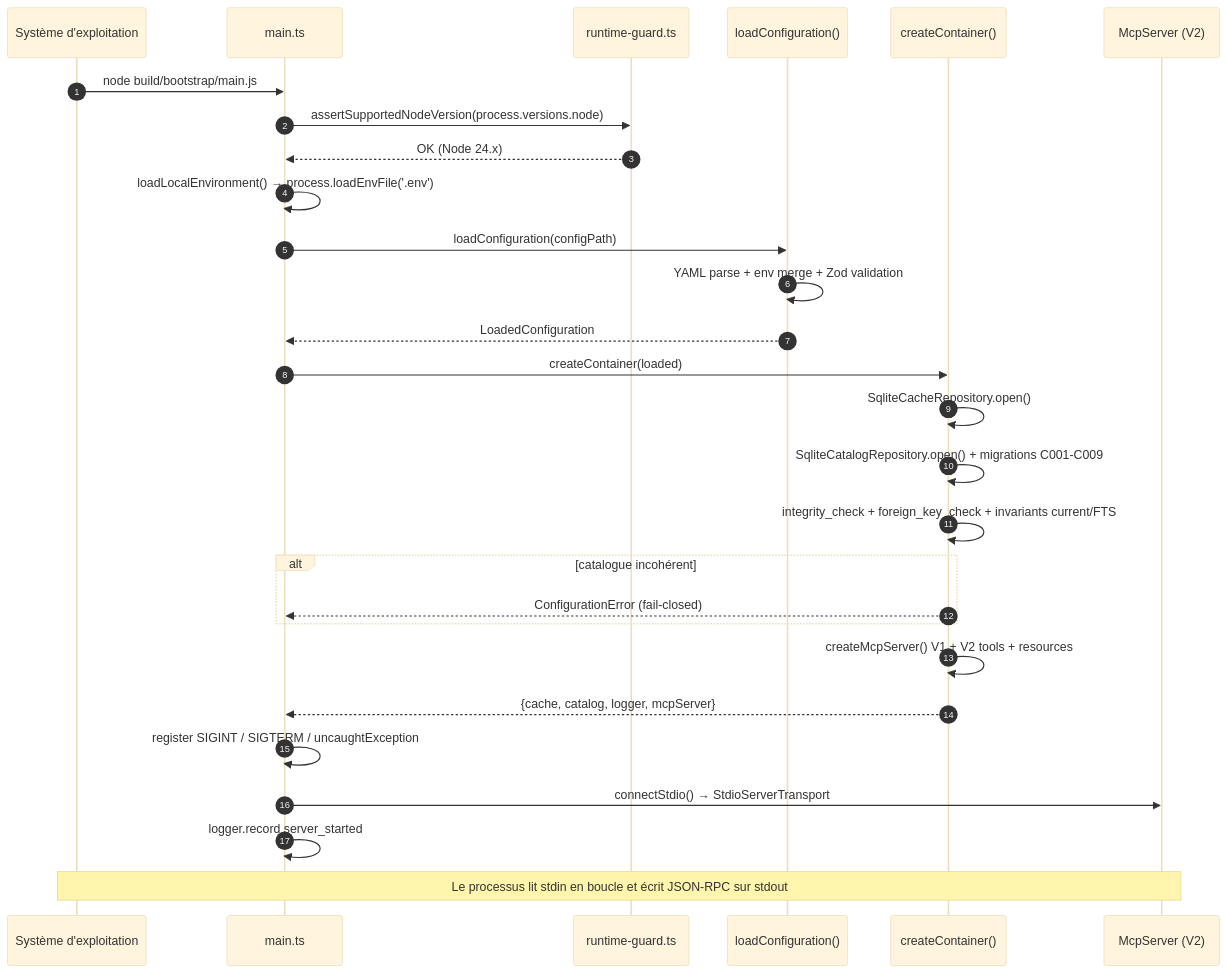
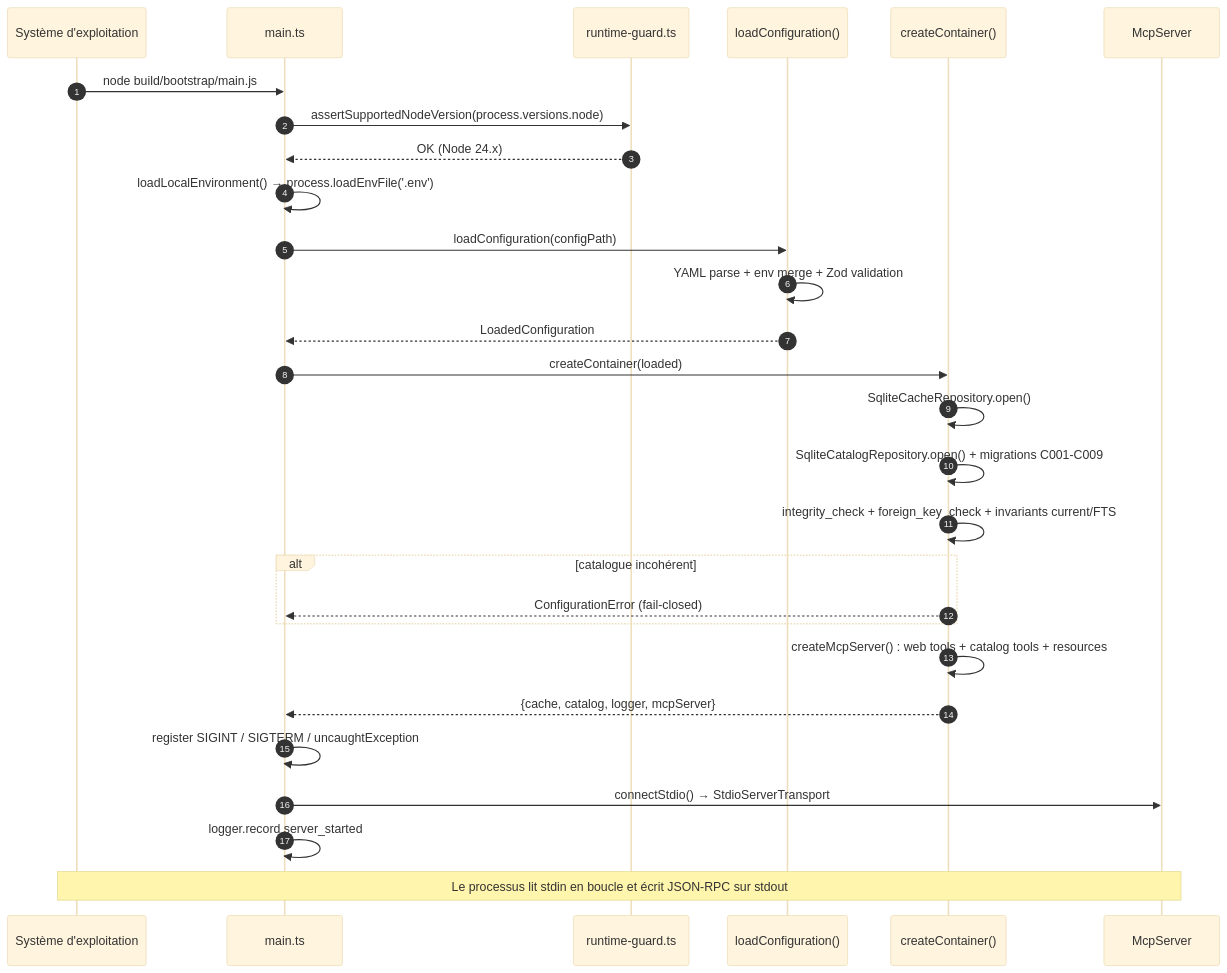
The sixth of 6 diagrams in docs/architecture/arc42/06-vue-execution.md (FTurleque/mcp-search-net), drawn with Mermaid (base theme) before and after one commit. The commit also changed 9 other files, not shown here.

````diff
--- a/docs/architecture/arc42/06-vue-execution.md
+++ b/docs/architecture/arc42/06-vue-execution.md
@@ -167,31 +167,31 @@
 ```mermaid
 sequenceDiagram
     autonumber
     participant OS as Système d'exploitation
     participant Main as main.ts
     participant Guard as runtime-guard.ts
     participant Cfg as loadConfiguration()
     participant Cnt as createContainer()
-    participant Srv as McpServer (V2)
+    participant Srv as McpServer
 
     OS->>Main: node build/bootstrap/main.js
     Main->>Guard: assertSupportedNodeVersion(process.versions.node)
     Guard-->>Main: OK (Node 24.x)
     Main->>Main: loadLocalEnvironment() → process.loadEnvFile('.env')
     Main->>Cfg: loadConfiguration(configPath)
     Cfg->>Cfg: YAML parse + env merge + Zod validation
     Cfg-->>Main: LoadedConfiguration
     Main->>Cnt: createContainer(loaded)
     Cnt->>Cnt: SqliteCacheRepository.open()
     Cnt->>Cnt: SqliteCatalogRepository.open() + migrations C001-C009
     Cnt->>Cnt: integrity_check + foreign_key_check + invariants current/FTS
     alt catalogue incohérent
         Cnt-->>Main: ConfigurationError (fail-closed)
     end
-    Cnt->>Cnt: createMcpServer() V1 + V2 tools + resources
+    Cnt->>Cnt: createMcpServer() : web tools + catalog tools + resources
     Cnt-->>Main: {cache, catalog, logger, mcpServer}
     Main->>Main: register SIGINT / SIGTERM / uncaughtException
     Main->>Srv: connectStdio() → StdioServerTransport
     Main->>Main: logger.record server_started
     Note over Srv,OS: Le processus lit stdin en boucle et écrit JSON-RPC sur stdout
 ```
````
